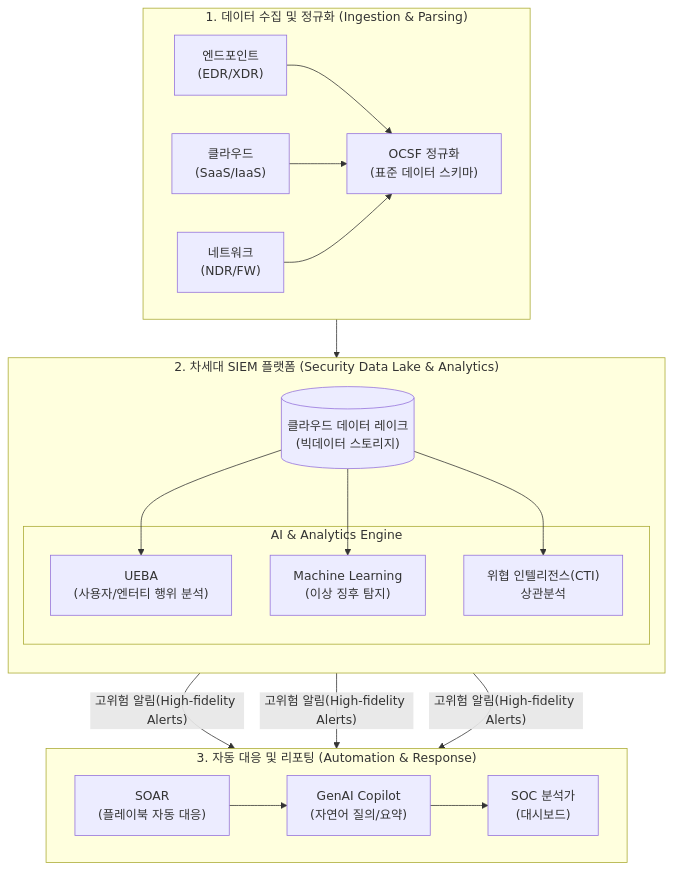
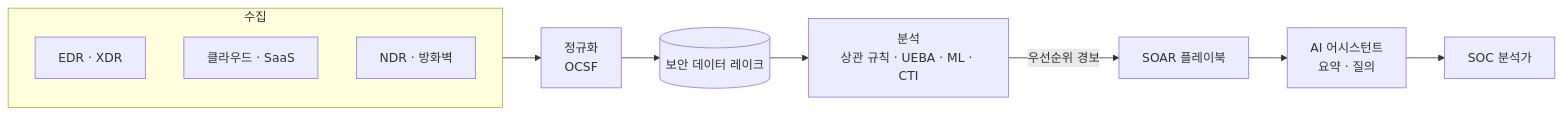
Before and after one commit to supremethumb/supremethumb.github.io: the diagram in content/01_IT Tech/차세대 SIEM.md, drawn with Mermaid. The commit also changed other lines of this file and 1087 other files, not shown here.

````diff
--- a/content/01_IT Tech/차세대 SIEM.md
+++ b/content/01_IT Tech/차세대 SIEM.md
@@ -23,39 +36,14 @@
 ```mermaid
-flowchart TB
-    subgraph "1. 데이터 수집 및 정규화 (Ingestion & Parsing)"
-        direction LR
-        EP["엔드포인트<br/>(EDR/XDR)"]
-        Cloud["클라우드<br/>(SaaS/IaaS)"]
-        Net["네트워크<br/>(NDR/FW)"]
-        OCSF["OCSF 정규화<br/>(표준 데이터 스키마)"]
-        
-        EP & Cloud & Net --> OCSF
+flowchart LR
+    subgraph SRC["수집"]
+        E["EDR · XDR"]
+        C["클라우드 · SaaS"]
+        N["NDR · 방화벽"]
     end
-
-    subgraph "2. 차세대 SIEM 플랫폼 (Security Data Lake & Analytics)"
-        direction TB
-        Lake[("클라우드 데이터 레이크<br/>(빅데이터 스토리지)")]
-        
-        subgraph "AI & Analytics Engine"
-            UEBA["UEBA<br/>(사용자/엔터티 행위 분석)"]
-            ML["Machine Learning<br/>(이상 징후 탐지)"]
-            CTI["위협 인텔리전스(CTI)<br/>상관분석"]
-        end
-        
-        Lake --> UEBA & ML & CTI
-    end
-
-    subgraph "3. 자동 대응 및 리포팅 (Automation & Response)"
-        direction LR
-        SOAR["SOAR<br/>(플레이북 자동 대응)"]
-        GenAI["GenAI Copilot<br/>(자연어 질의/요약)"]
-        SOC["SOC 분석가<br/>(대시보드)"]
-        
-        SOAR --> GenAI
-        GenAI --> SOC
-    end
-
-    OCSF --> Lake
-    UEBA & ML & CTI -->|"고위험 알림(High-fidelity Alerts)"| SOAR
-
+    SRC --> NORM["정규화<br/>OCSF"]
+    NORM --> LAKE[("보안 데이터 레이크")]
+    LAKE --> AN["분석<br/>상관 규칙 · UEBA · ML · CTI"]
+    AN -->|"우선순위 경보"| SO["SOAR 플레이북"]
+    SO --> AI["AI 어시스턴트<br/>요약 · 질의"]
+    AI --> SOC["SOC 분석가"]
 ```
````
